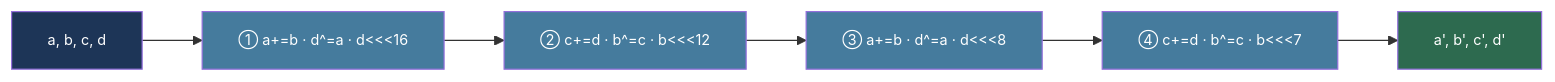
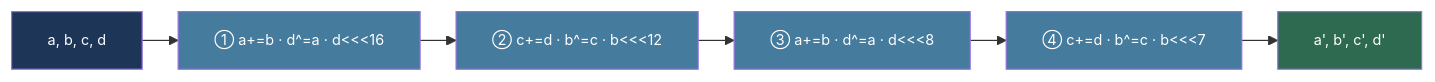
Diagram 11 of 13 in book/chapters/07_randomness_and_stream_ciphers.md (HusseinYounis/cryptography-book), drawn with Mermaid before and after one commit. The commit also changed 2 other files, not shown here.

Commit message:
fix: enable client-side mermaid rendering and fix chapter 07/08
- Change mermaid_output_format from 'png' to 'raw' in _config.yml so
  diagrams render via Mermaid.js CDN instead of requiring mmdc CLI
- Fix quarter-round init directive in ch07: move nodeSpacing/rankSpacing
  to flowchart config key (were incorrectly placed under themeVariables)
- Add S0/S1 S-box quick reference lookup table to ch08

````diff
--- a/book/chapters/07_randomness_and_stream_ciphers.md
+++ b/book/chapters/07_randomness_and_stream_ciphers.md
@@ -925,19 +925,19 @@
 ```{mermaid}
-%%{init: {'themeVariables': {'fontSize': '12px', 'nodeSpacing': 30, 'rankSpacing': 30}}}%%
+%%{init: {'flowchart': {'nodeSpacing': 30, 'rankSpacing': 30}, 'themeVariables': {'fontSize': '12px'}}}%%
 flowchart LR
     INPUT["a, b, c, d"]
     R1["① a+=b · d^=a · d&lt;&lt;&lt;16"]
     R2["② c+=d · b^=c · b&lt;&lt;&lt;12"]
     R3["③ a+=b · d^=a · d&lt;&lt;&lt;8"]
     R4["④ c+=d · b^=c · b&lt;&lt;&lt;7"]
     OUTPUT["a', b', c', d'"]
 
     INPUT --> R1 --> R2 --> R3 --> R4 --> OUTPUT
 
     style INPUT fill:#1d3557,color:#fff
     style R1 fill:#457b9d,color:#fff
     style R2 fill:#457b9d,color:#fff
     style R3 fill:#457b9d,color:#fff
     style R4 fill:#457b9d,color:#fff
     style OUTPUT fill:#2d6a4f,color:#fff
 ```
````
